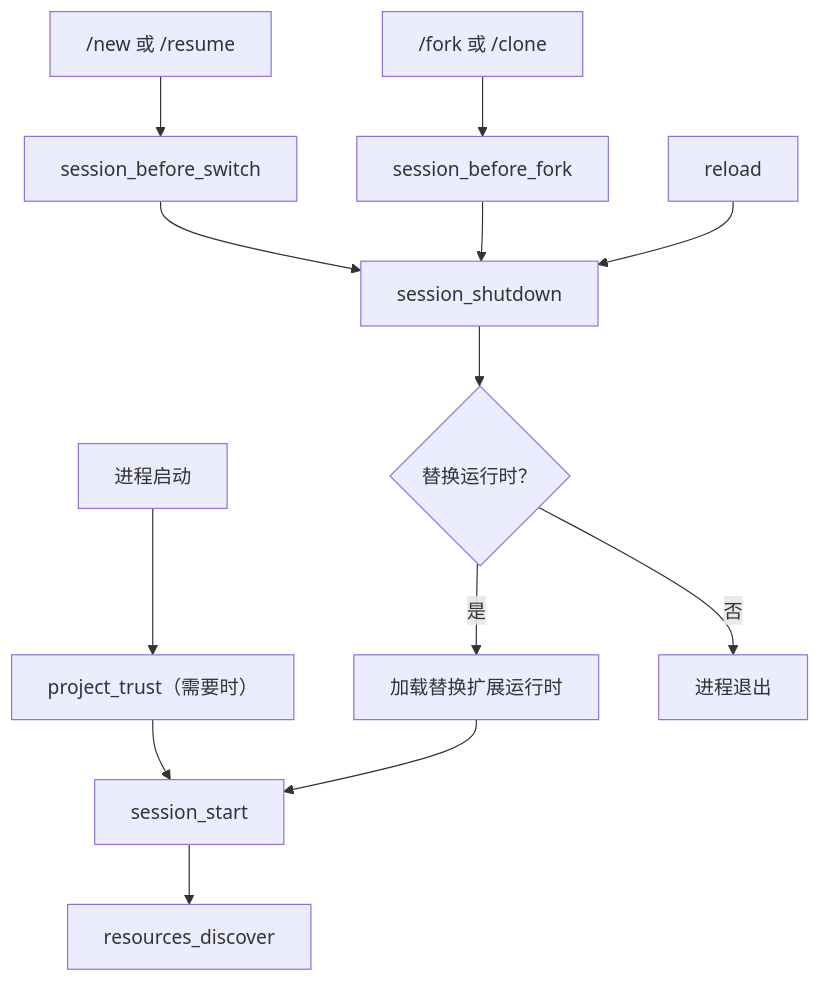
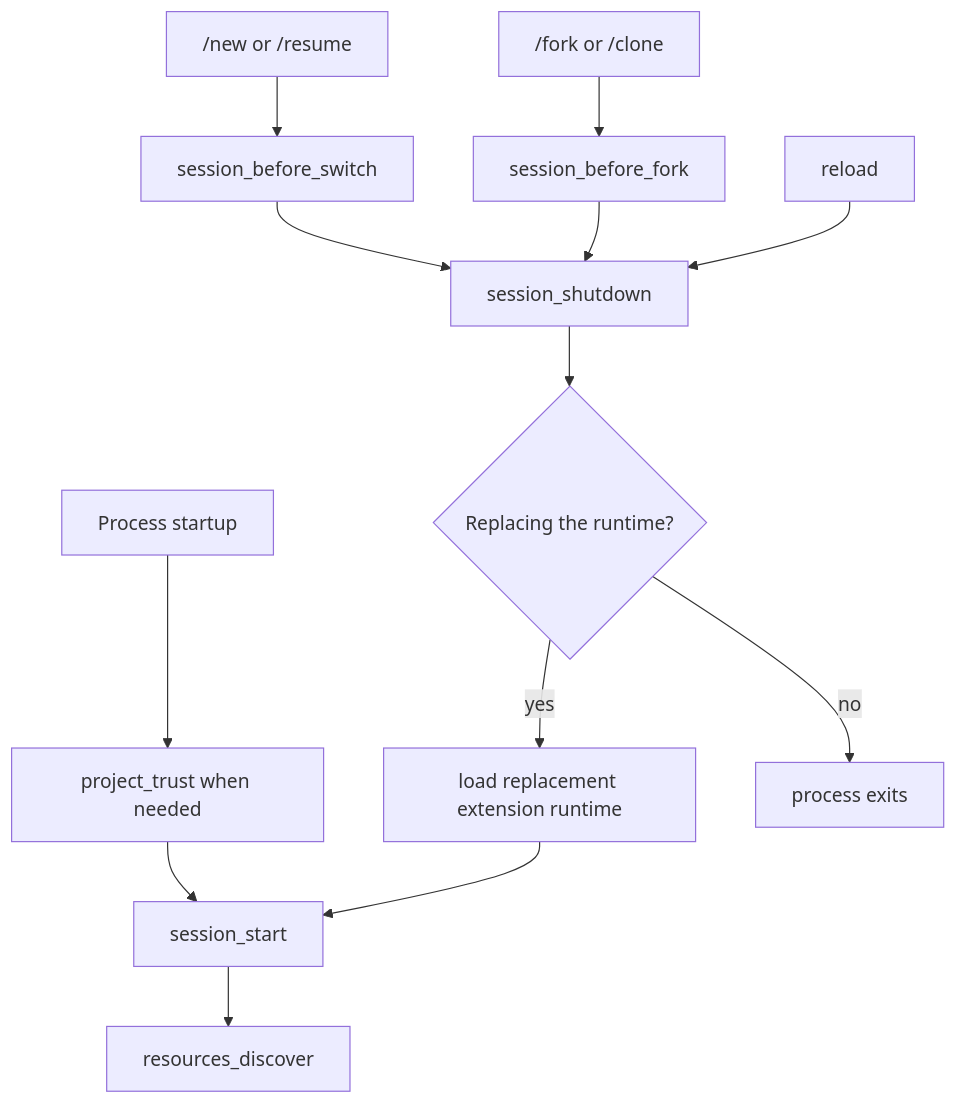
The third of 3 diagrams in docs-md/extensions.md (Lizhen0628/pi-dev-chinese), drawn with Mermaid before and after one commit. The commit also changed other lines of this file and 7 other files, not shown here.

````diff
--- a/docs-md/extensions.md
+++ b/docs-md/extensions.md
@@ -129,15 +129,15 @@
 ```mermaid
 flowchart TD
-    Startup["进程启动"] --> Trust["project_trust（需要时）"]
+    Startup["Process startup"] --> Trust["project_trust when needed"]
     Trust --> SessionStart["session_start"]
-    Switch["/new 或 /resume"] --> BeforeSwitch["session_before_switch"]
-    Fork["/fork 或 /clone"] --> BeforeFork["session_before_fork"]
+    Switch["/new or /resume"] --> BeforeSwitch["session_before_switch"]
+    Fork["/fork or /clone"] --> BeforeFork["session_before_fork"]
     BeforeSwitch --> Shutdown["session_shutdown"]
     BeforeFork --> Shutdown
     Reload["reload"] --> Shutdown
-    Shutdown --> Replacing{"替换运行时？"}
-    Replacing -->|是| Replacement["加载替换扩展运行时"]
+    Shutdown --> Replacing{"Replacing the runtime?"}
+    Replacing -->|yes| Replacement["load replacement extension runtime"]
     Replacement --> SessionStart
-    Replacing -->|否| Stop["进程退出"]
+    Replacing -->|no| Stop["process exits"]
     SessionStart --> Discover["resources_discover"]
 ```
````
